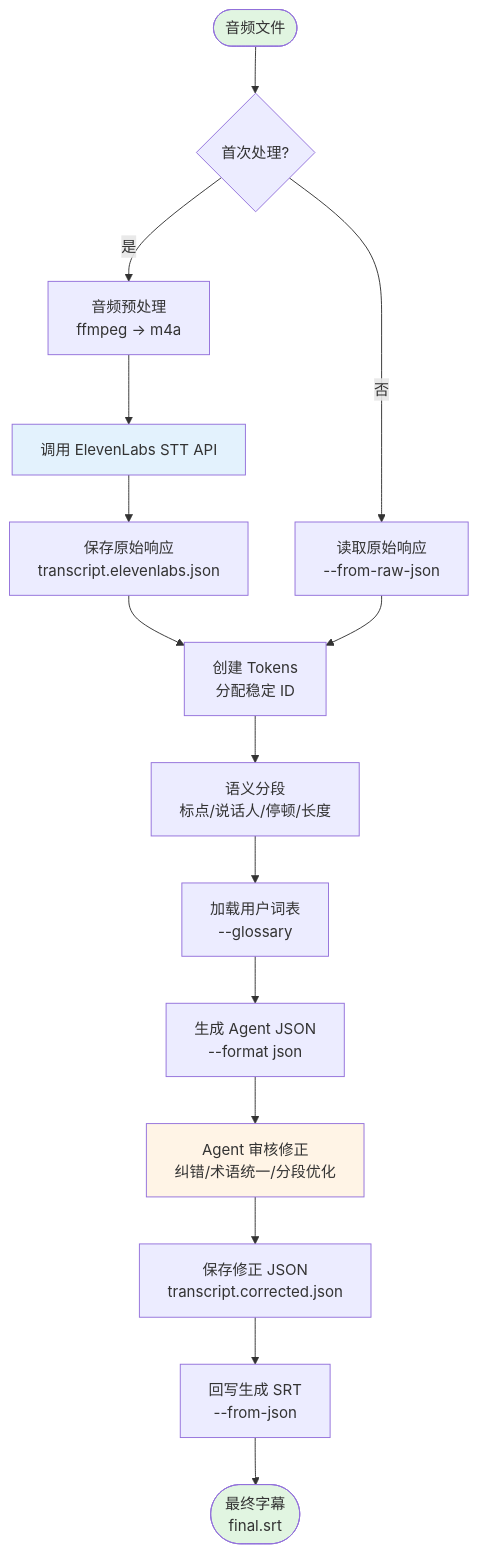
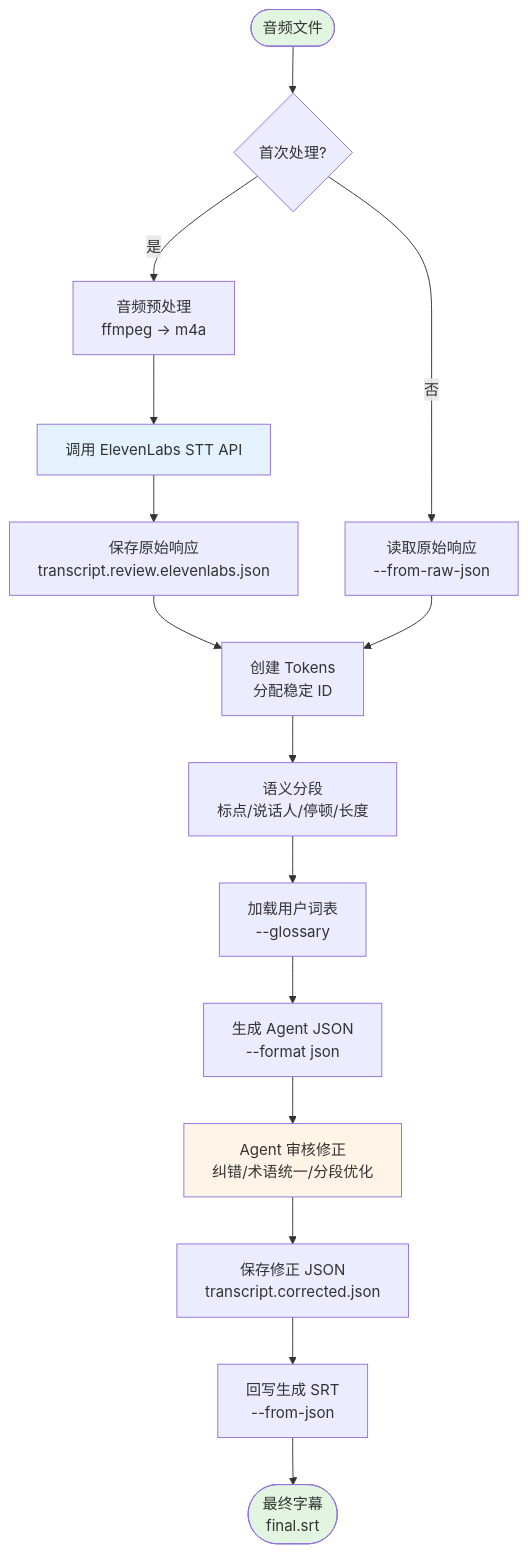
One commit to scrpr/transcribe2sub-skill changed the diagram in README.md. Above: the diagram before and after it, drawn with Mermaid. The commit also changed other lines of this file and 6 other files, not shown here.

````diff
--- a/README.md
+++ b/README.md
@@ -14,28 +14,28 @@
 ```mermaid
 graph TB
     Start([音频文件]) --> First{首次处理?}
     
     First -->|是| Preprocess[音频预处理<br/>ffmpeg → m4a]
     Preprocess --> Transcribe[调用 ElevenLabs STT API]
-    Transcribe --> SaveRaw[保存原始响应<br/>transcript.elevenlabs.json]
+    Transcribe --> SaveRaw[保存原始响应<br/>transcript.review.elevenlabs.json]
     
     First -->|否| LoadRaw[读取原始响应<br/>--from-raw-json]
     
     SaveRaw --> CreateTokens[创建 Tokens<br/>分配稳定 ID]
     LoadRaw --> CreateTokens
     
     CreateTokens --> Segment[语义分段<br/>标点/说话人/停顿/长度]
     Segment --> LoadGlossary[加载用户词表<br/>--glossary]
     LoadGlossary --> FormatJSON[生成 Agent JSON<br/>--format json]
     
     FormatJSON --> AgentReview[Agent 审核修正<br/>纠错/术语统一/分段优化]
     AgentReview --> SaveCorrected[保存修正 JSON<br/>transcript.corrected.json]
     
     SaveCorrected --> RenderSRT[回写生成 SRT<br/>--from-json]
     RenderSRT --> Final([最终字幕<br/>final.srt])
     
     style Start fill:#e1f5e1
     style Final fill:#e1f5e1
     style AgentReview fill:#fff4e6
     style Transcribe fill:#e3f2fd
 ```
````
